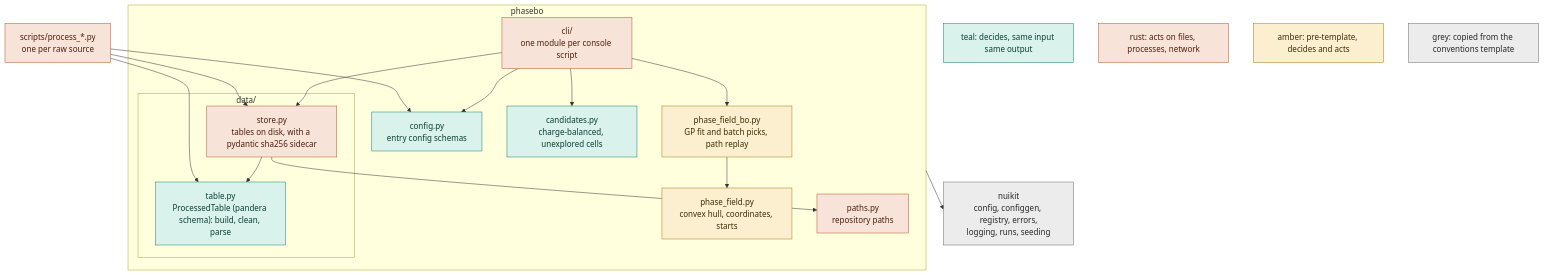
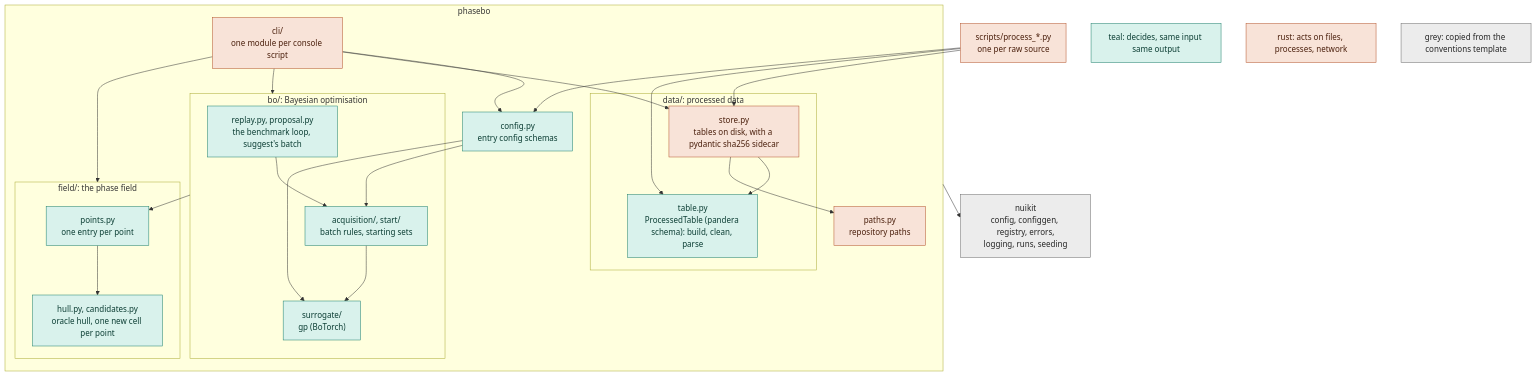
One commit to nuinashco/PhaseBO changed the first of 2 diagrams in CONTRIBUTING.md. Above: the diagram before and after it, drawn with Mermaid. The commit also changed other lines of this file and 76 other files, not shown here.

Commit message:
feat(bo): replace legacy BO with field and bo packages (#3)

````diff
--- a/CONTRIBUTING.md
+++ b/CONTRIBUTING.md
@@ -9,36 +9,45 @@
 ```mermaid
 flowchart TD
     scripts["scripts/process_*.py<br/>one per raw source"]:::side
     subgraph project["phasebo"]
         cli["cli/<br/>one module per console script"]:::side
         config["config.py<br/>entry config schemas"]:::pure
-        bo["phase_field_bo.py<br/>GP fit and batch picks, path replay"]:::legacy
-        field["phase_field.py<br/>convex hull, coordinates, starts"]:::legacy
-        subgraph data["data/"]
+        subgraph bo["bo/: Bayesian optimisation"]
+            loops["replay.py, proposal.py<br/>the benchmark loop, suggest's batch"]:::pure
+            families["acquisition/, start/<br/>batch rules, starting sets"]:::pure
+            surrogate["surrogate/<br/>gp (BoTorch)"]:::pure
+        end
+        subgraph field["field/: the phase field"]
+            points["points.py<br/>one entry per point"]:::pure
+            hull["hull.py, candidates.py<br/>oracle hull, one new cell per point"]:::pure
+        end
+        subgraph data["data/: processed data"]
             store["store.py<br/>tables on disk, with a pydantic sha256 sidecar"]:::side
             table["table.py<br/>ProcessedTable (pandera schema): build, clean, parse"]:::pure
         end
-        candidates["candidates.py<br/>charge-balanced, unexplored cells"]:::pure
         paths["paths.py<br/>repository paths"]:::side
         cli --> config
         cli --> bo
+        cli --> field
         cli --> store
-        cli --> candidates
-        bo --> field
+        config --> families
+        config --> surrogate
+        loops --> families
+        families --> surrogate
+        bo --> points
+        points --> hull
         store --> table
         store --> paths
     end
     scripts --> store
     scripts --> table
     scripts --> config
     nuikit["nuikit<br/>config, configgen, registry, errors,<br/>logging, runs, seeding"]:::kit
     project --> nuikit
     pure["teal: decides, same input same output"]:::pure
     side["rust: acts on files, processes, network"]:::side
-    legacy["amber: pre-template, decides and acts"]:::legacy
     kit["grey: copied from the conventions template"]:::kit
     classDef pure fill:#d9f2ec,stroke:#1b7f6b,color:#0b3d33
     classDef side fill:#f8e3d8,stroke:#b4532a,color:#4a1f0c
-    classDef legacy fill:#fbefd0,stroke:#a77a12,color:#3d2c05
     classDef kit fill:#ececec,stroke:#6b6b6b,color:#262626
 ```
````
